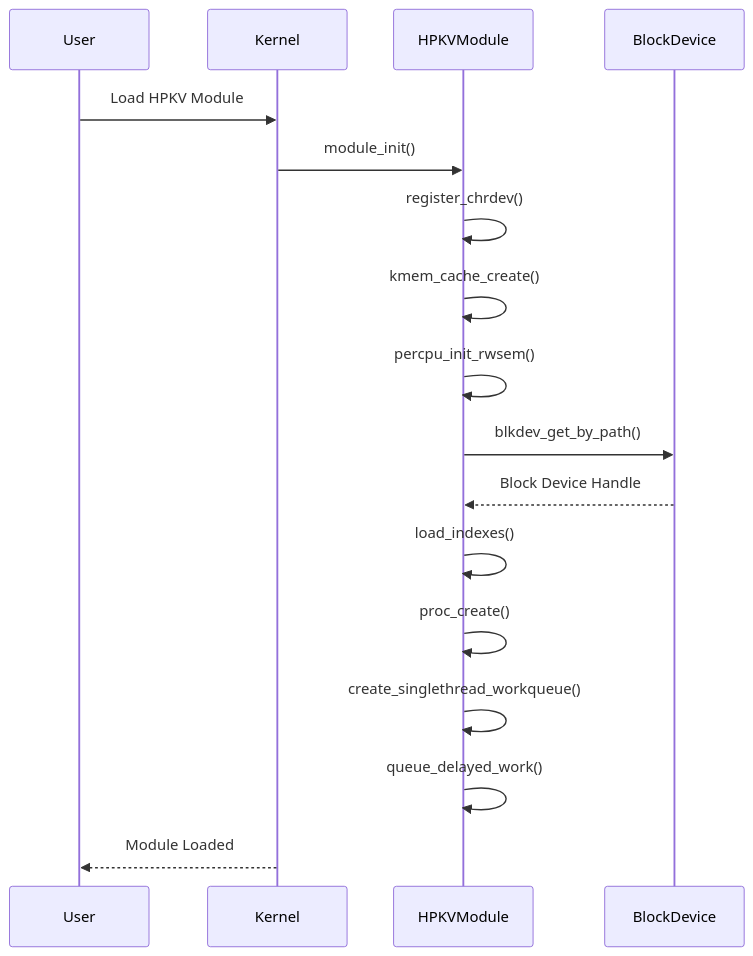
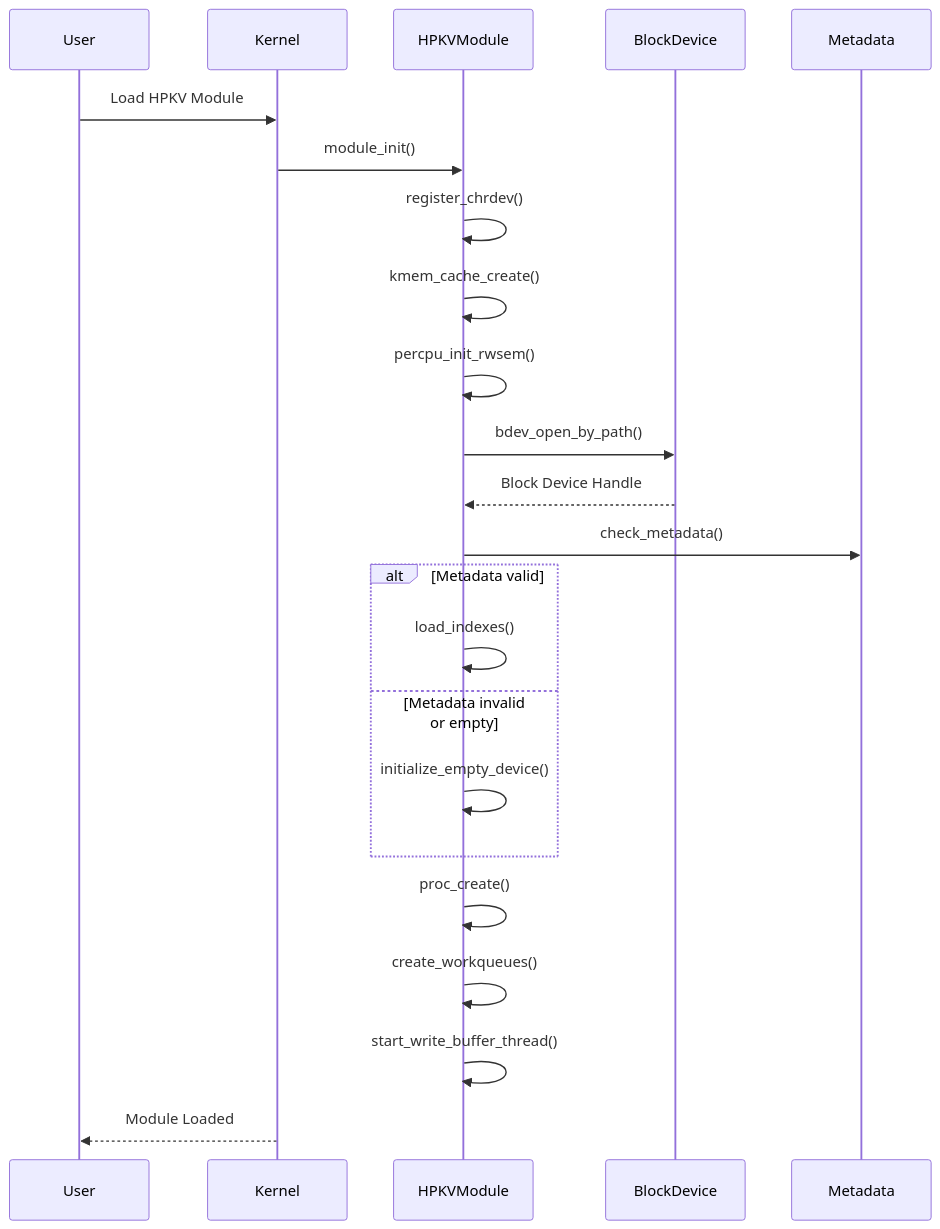
Before and after one commit to mehrantsi/high-performance-kv-store: the fourth of 10 diagrams in TechnicalDesign.md, drawn with Mermaid. The commit also changed other lines of this file, not shown here.

````diff
--- a/TechnicalDesign.md
+++ b/TechnicalDesign.md
@@ -440,20 +415,26 @@
 ```mermaid
 sequenceDiagram
     participant User
     participant Kernel
     participant HPKVModule
     participant BlockDevice
+    participant Metadata
 
     User->>Kernel: Load HPKV Module
     Kernel->>HPKVModule: module_init()
     HPKVModule->>HPKVModule: register_chrdev()
     HPKVModule->>HPKVModule: kmem_cache_create()
     HPKVModule->>HPKVModule: percpu_init_rwsem()
-    HPKVModule->>BlockDevice: blkdev_get_by_path()
+    HPKVModule->>BlockDevice: bdev_open_by_path()
     BlockDevice-->>HPKVModule: Block Device Handle
-    HPKVModule->>HPKVModule: load_indexes()
+    HPKVModule->>Metadata: check_metadata()
+    alt Metadata valid
+        HPKVModule->>HPKVModule: load_indexes()
+    else Metadata invalid or empty
+        HPKVModule->>HPKVModule: initialize_empty_device()
+    end
     HPKVModule->>HPKVModule: proc_create()
-    HPKVModule->>HPKVModule: create_singlethread_workqueue()
-    HPKVModule->>HPKVModule: queue_delayed_work()
+    HPKVModule->>HPKVModule: create_workqueues()
+    HPKVModule->>HPKVModule: start_write_buffer_thread()
     Kernel-->>User: Module Loaded
 ```
````
